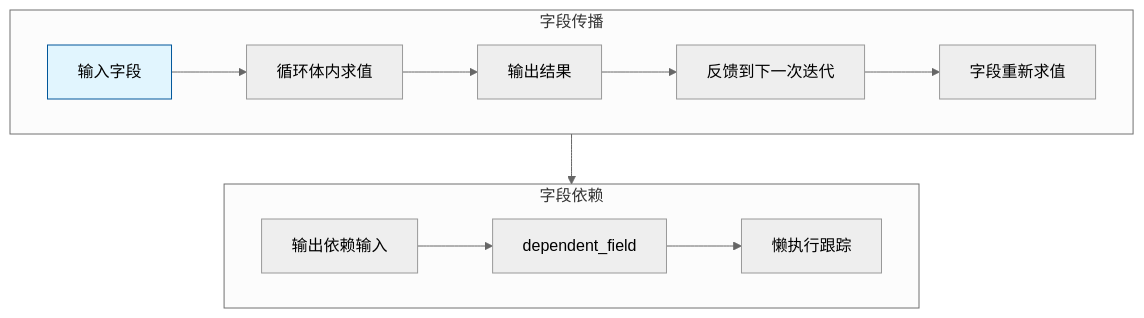
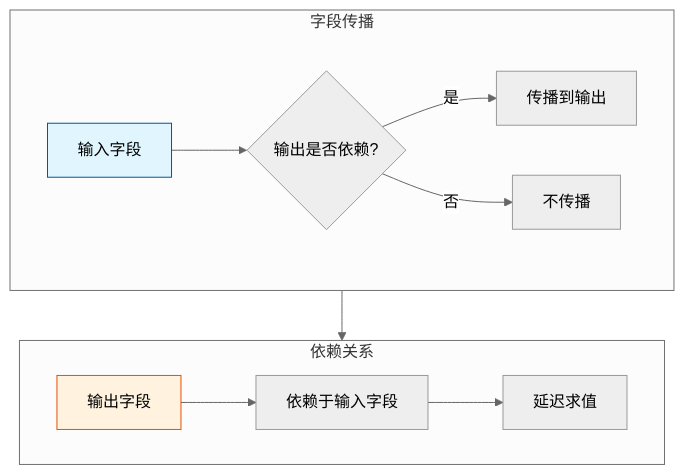
One commit to yunkezengren/blender-.vscode changed the first of 3 diagrams in 杂/markdown/学习节点/RepeatZone/05_RepeatZone_FieldPropagation.md. Above: the diagram before and after it, drawn with Mermaid (neutral theme). The commit also changed other lines of this file and 6 other files, not shown here.

````diff
--- a/杂/markdown/学习节点/RepeatZone/05_RepeatZone_FieldPropagation.md
+++ b/杂/markdown/学习节点/RepeatZone/05_RepeatZone_FieldPropagation.md
@@ -9,18 +22,18 @@
 ```mermaid
 flowchart TB
     subgraph 字段传播["字段传播"]
-        A["输入字段"] --> B["循环体内求值"]
-        B --> C["输出结果"]
-        C --> D["反馈到下一次迭代"]
-        D --> E["字段重新求值"]
+        A["输入字段"] --> B{"输出是否依赖?"}
+        B -->|是| C["传播到输出"]
+        B -->|否| D["不传播"]
     end
     
-    subgraph 字段依赖["字段依赖"]
-        F["输出依赖输入"] --> G["dependent_field"]
-        G --> H["懒执行跟踪"]
+    subgraph 依赖关系["依赖关系"]
+        E["输出字段"] --> F["依赖于输入字段"]
+        F --> G["延迟求值"]
     end
     
-    字段传播 --> 字段依赖
+    字段传播 --> 依赖关系
     
     style A fill:#e1f5fe,stroke:#01579b
+    style E fill:#fff3e0,stroke:#e65100
 ```
````
